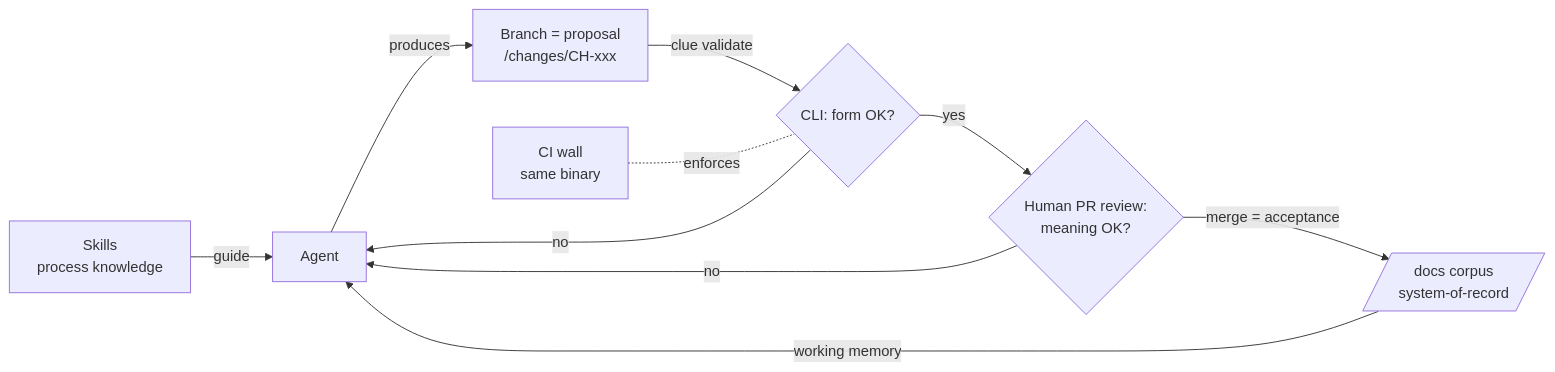
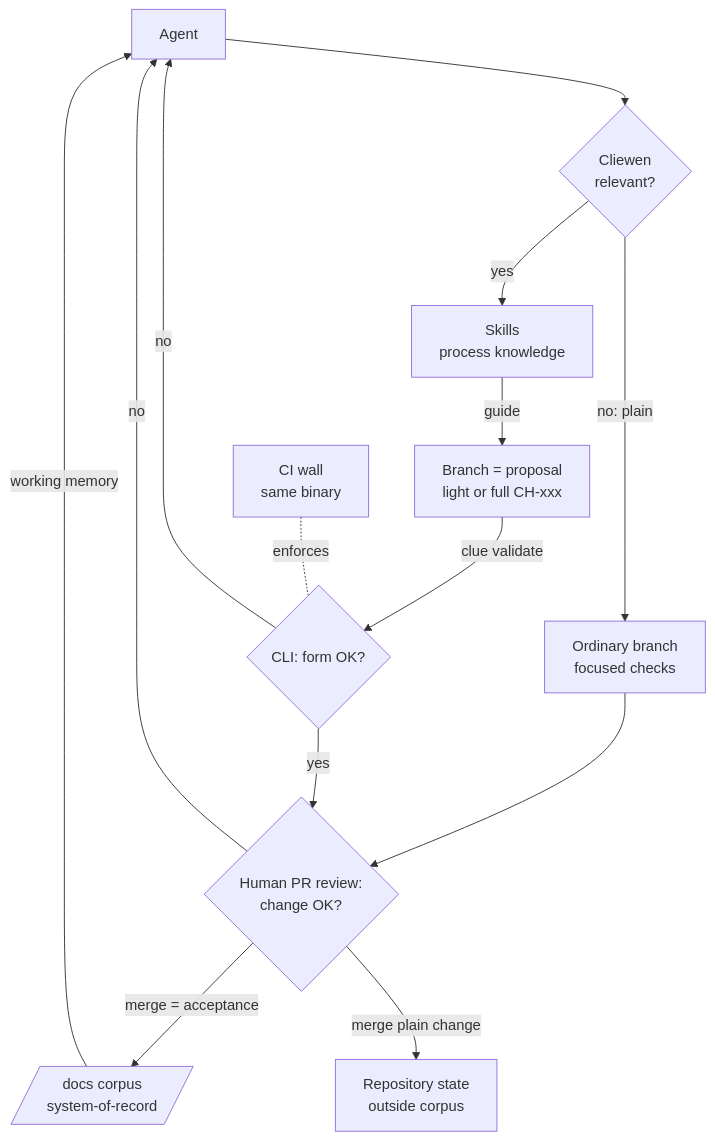
The first of 2 diagrams in docs/architecture/architecture.md (cliewen/cliewen), drawn with Mermaid before and after one commit. The commit also changed other lines of this file and 47 other files, not shown here.

Commit message:
CH-037: keep plain changes outside Cliewen

````diff
--- a/docs/architecture/architecture.md
+++ b/docs/architecture/architecture.md
@@ -24,12 +24,16 @@
 ```mermaid
-flowchart LR
-    S[Skills<br/>process knowledge] -->|guide| A[Agent]
-    A -->|produces| B[Branch = proposal<br/>/changes/CH-xxx]
+flowchart TD
+    A[Agent] --> Q{Cliewen<br/>relevant?}
+    Q -->|no: plain| P[Ordinary branch<br/>focused checks]
+    P --> H{Human PR review:<br/>change OK?}
+    Q -->|yes| S[Skills<br/>process knowledge]
+    S -->|guide| B[Branch = proposal<br/>light or full CH-xxx]
     B -->|clue validate| C{CLI: form OK?}
     C -->|no| A
-    C -->|yes| H{Human PR review:<br/>meaning OK?}
+    C -->|yes| H
     H -->|no| A
     H -->|merge = acceptance| D[/docs corpus<br/>system-of-record/]
+    H -->|merge plain change| R[Repository state<br/>outside corpus]
     D -->|working memory| A
     W[CI wall<br/>same binary] -.enforces.- C
 ```
````
